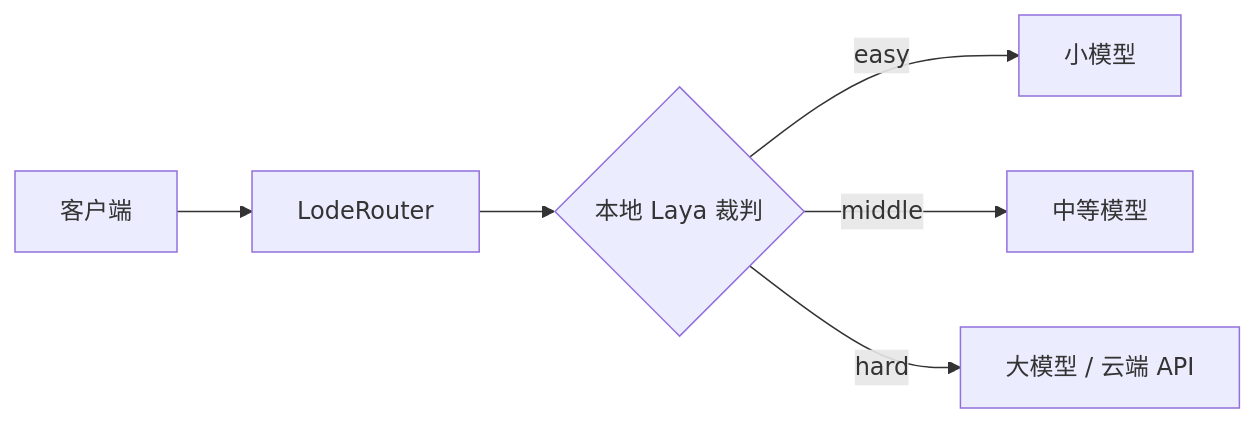
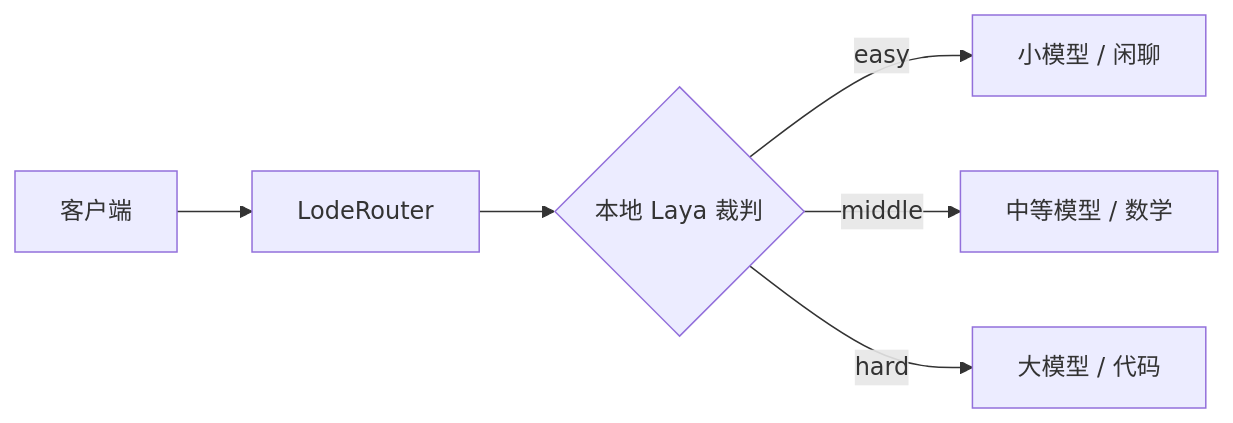
The diagram in README.md (Jimmy-hahaha/LodeRouter), drawn with Mermaid before and after one commit. The commit also changed other lines of this file and 23 other files, not shown here.

````diff
--- a/README.md
+++ b/README.md
@@ -19,8 +19,8 @@
 ```mermaid
 flowchart LR
     C[客户端] --> R[LodeRouter]
     R --> J{本地 Laya 裁判}
-    J -->|easy| A[小模型]
-    J -->|middle| M[中等模型]
-    J -->|hard| H[大模型 / 云端 API]
+    J -->|easy| A[小模型 / 闲聊]
+    J -->|middle| M[中等模型 / 数学]
+    J -->|hard| H[大模型 / 代码]
 ```
````
